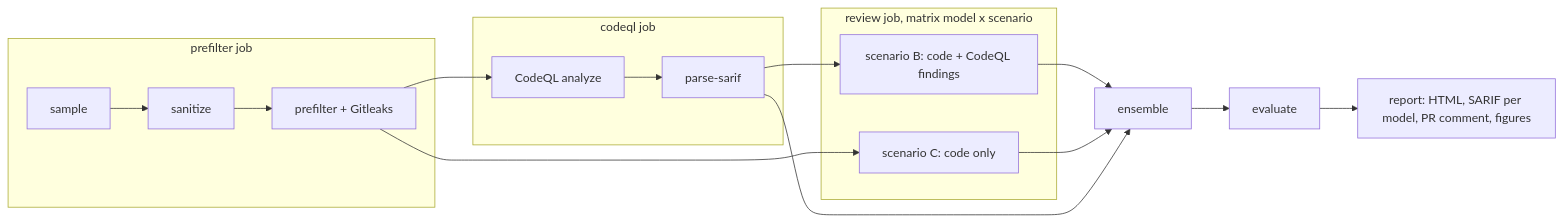
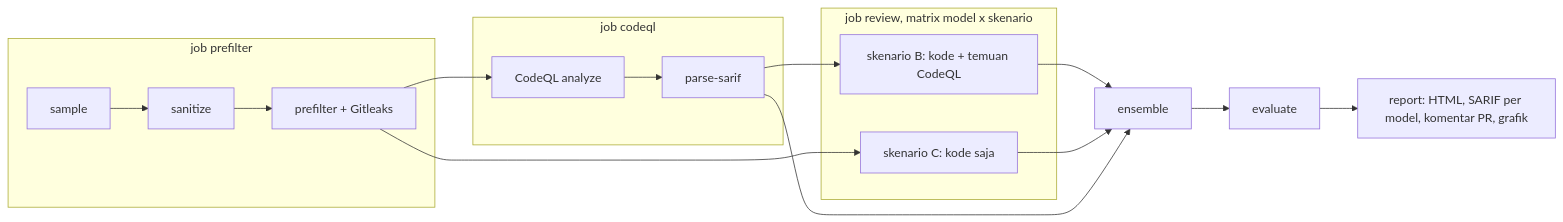
The diagram in README.md (MIlhamRidhoP/TRISULA-PROJECT), drawn with Mermaid before and after one commit. The commit also changed other lines of this file, not shown here.

````diff
--- a/README.md
+++ b/README.md
@@ -13,20 +13,20 @@
 ```mermaid
 flowchart LR
-    subgraph prepare[prefilter job]
+    subgraph prepare[job prefilter]
         S[sample] --> Z[sanitize] --> P[prefilter + Gitleaks]
     end
-    subgraph scan[codeql job]
+    subgraph scan[job codeql]
         Q[CodeQL analyze] --> R[parse-sarif]
     end
-    subgraph llm[review job, matrix model x scenario]
-        B[scenario B: code + CodeQL findings]
-        C[scenario C: code only]
+    subgraph llm[job review, matrix model x skenario]
+        B[skenario B: kode + temuan CodeQL]
+        C[skenario C: kode saja]
     end
     P --> Q
     R --> B
     P --> C
     B --> E[ensemble]
     C --> E
     R --> E
-    E --> V[evaluate] --> O[report: HTML, SARIF per model, PR comment, figures]
+    E --> V[evaluate] --> O[report: HTML, SARIF per model, komentar PR, grafik]
 ```
````
